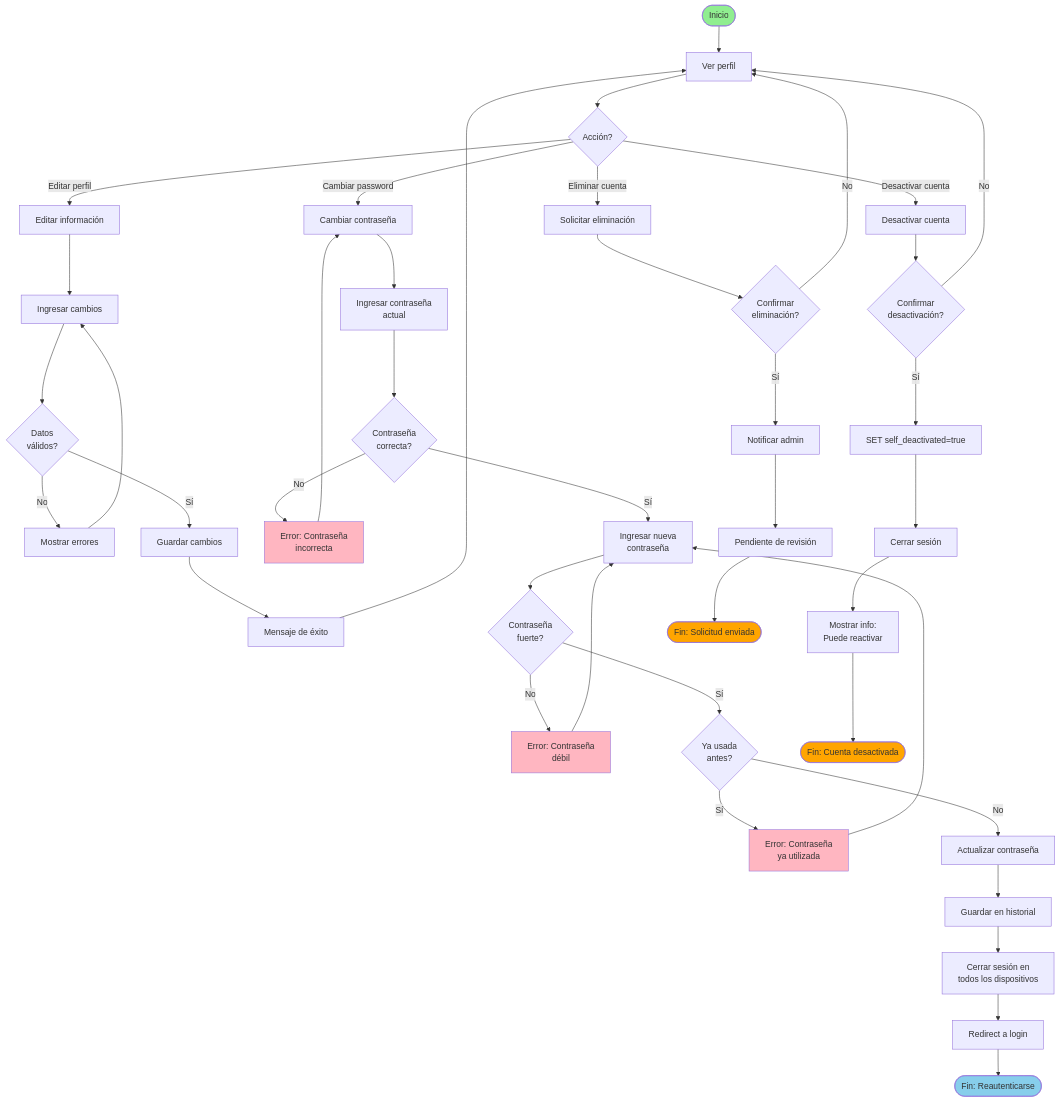
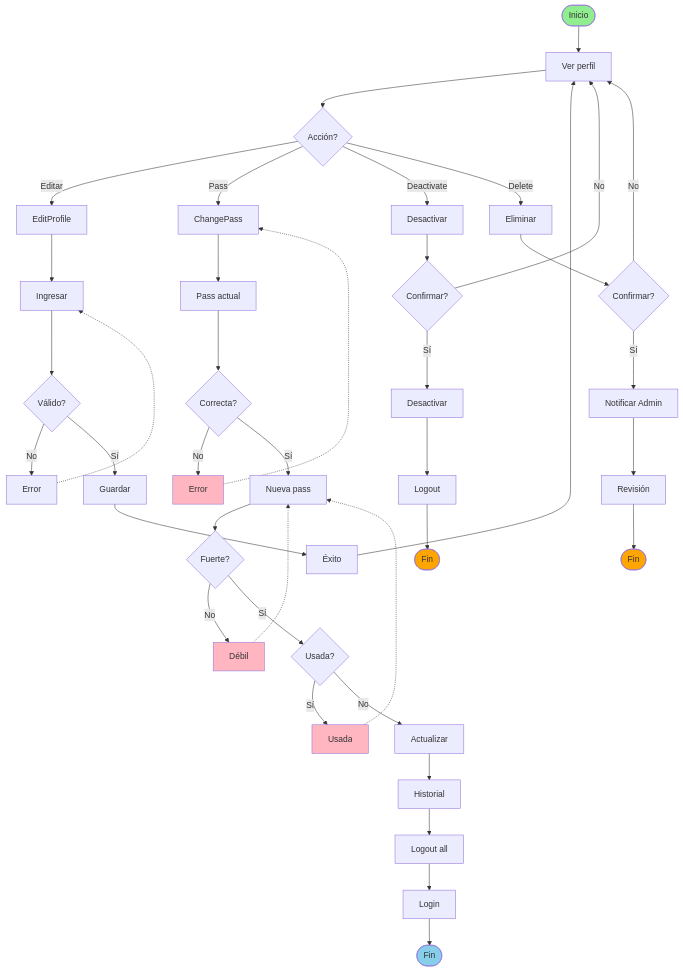
One commit to santi18melo/experticie changed the seventh of 7 diagrams in docs/diagramas/DIAGRAMA_ACTIVIDAD.md. Above: the diagram before and after it, drawn with Mermaid. The commit also changed other lines of this file and 2 other files, not shown here.

Commit message:
docs: optimize diagrams to reduce crossing lines significantly and restore prod deps

````diff
--- a/docs/diagramas/DIAGRAMA_ACTIVIDAD.md
+++ b/docs/diagramas/DIAGRAMA_ACTIVIDAD.md
@@ -336,59 +338,62 @@
 ```mermaid
 flowchart TD
     Start([Inicio]) --> ViewProfile[Ver perfil]
     ViewProfile --> SelectAction{Acción?}
     
-    SelectAction -->|Editar perfil| EditProfile[Editar información]
-    SelectAction -->|Cambiar password| ChangePass[Cambiar contraseña]
-    SelectAction -->|Desactivar cuenta| DeactivateAcc[Desactivar cuenta]
-    SelectAction -->|Eliminar cuenta| DeleteAcc[Solicitar eliminación]
+    SelectAction -->|Editar| EditProfile
+    SelectAction -->|Pass| ChangePass
+    SelectAction -->|Deactivate| DeactivateAcc[Desactivar]
+    SelectAction -->|Delete| DeleteAcc[Eliminar]
     
-    EditProfile --> InputChanges[Ingresar cambios]
-    InputChanges --> ValidateChanges{Datos<br/>válidos?}
-    ValidateChanges -->|No| ShowErrors[Mostrar errores]
-    ShowErrors --> InputChanges
-    ValidateChanges -->|Sí| SaveChanges[Guardar cambios]
-    SaveChanges --> SuccessMsg[Mensaje de éxito]
+    %% Edit Profile
+    EditProfile --> InputChanges[Ingresar]
+    InputChanges --> ValidateChanges{Válido?}
+    ValidateChanges -- No --> ShowErrors[Error]
+    ShowErrors -.-> InputChanges
+    ValidateChanges -->|Sí| SaveChanges[Guardar]
+    SaveChanges --> SuccessMsg[Éxito]
     SuccessMsg --> ViewProfile
     
-    ChangePass --> InputOldPass[Ingresar contraseña<br/>actual]
-    InputOldPass --> VerifyOldPass{Contraseña<br/>correcta?}
-    VerifyOldPass -->|No| ErrorOldPass[Error: Contraseña<br/>incorrecta]
-    ErrorOldPass --> ChangePass
+    %% Change Pass
+    ChangePass --> InputOldPass[Pass actual]
+    InputOldPass --> VerifyOldPass{Correcta?}
+    VerifyOldPass -- No --> ErrorOldPass[Error]
+    ErrorOldPass -.-> ChangePass
     
-    VerifyOldPass -->|Sí| InputNewPass[Ingresar nueva<br/>contraseña]
-    InputNewPass --> CheckStrength{Contraseña<br/>fuerte?}
-    CheckStrength -->|No| ErrorWeak[Error: Contraseña<br/>débil]
-    ErrorWeak --> InputNewPass
+    VerifyOldPass -->|Sí| InputNewPass[Nueva pass]
+    InputNewPass --> CheckStrength{Fuerte?}
+    CheckStrength -- No --> ErrorWeak[Débil]
+    ErrorWeak -.-> InputNewPass
     
-    CheckStrength -->|Sí| CheckHistory{Ya usada<br/>antes?}
-    CheckHistory -->|Sí| ErrorUsed[Error: Contraseña<br/>ya utilizada]
-    ErrorUsed --> InputNewPass
+    CheckStrength -->|Sí| CheckHistory{Usada?}
+    CheckHistory -- Sí --> ErrorUsed[Usada]
+    ErrorUsed -.-> InputNewPass
     
-    CheckHistory -->|No| UpdatePass[Actualizar contraseña]
-    UpdatePass --> SaveHistory[Guardar en historial]
-    SaveHistory --> LogoutAll[Cerrar sesión en<br/>todos los dispositivos]
-    LogoutAll --> Redirect[Redirect a login]
-    Redirect --> End1([Fin: Reautenticarse])
+    CheckHistory -->|No| UpdatePass[Actualizar]
+    UpdatePass --> SaveHistory[Historial]
+    SaveHistory --> LogoutAll[Logout all]
+    LogoutAll --> Redirect[Login]
+    Redirect --> End1([Fin])
     
-    DeactivateAcc --> ConfirmDeact{Confirmar<br/>desactivación?}
-    ConfirmDeact -->|No| ViewProfile
-    ConfirmDeact -->|Sí| SetSelfDeact[SET self_deactivated=true]
-    SetSelfDeact --> Logout[Cerrar sesión]
-    Logout --> ShowInfo[Mostrar info:<br/>Puede reactivar]
-    ShowInfo --> End2([Fin: Cuenta desactivada])
+    %% Deactivate
+    DeactivateAcc --> ConfirmDeact{Confirmar?}
+    ConfirmDeact -- No --> ViewProfile
+    ConfirmDeact -->|Sí| SetSelfDeact[Desactivar]
+    SetSelfDeact --> Logout[Logout]
+    Logout --> End2([Fin])
     
-    DeleteAcc --> ConfirmDelete{Confirmar<br/>eliminación?}
-    ConfirmDelete -->|No| ViewProfile
-    ConfirmDelete -->|Sí| NotifyAdmin[Notificar admin]
-    NotifyAdmin --> PendingReview[Pendiente de revisión]
-    PendingReview --> End3([Fin: Solicitud enviada])
+    %% Delete
+    DeleteAcc --> ConfirmDelete{Confirmar?}
+    ConfirmDelete -- No --> ViewProfile
+    ConfirmDelete -->|Sí| NotifyAdmin[Notificar Admin]
+    NotifyAdmin --> PendingReview[Revisión]
+    PendingReview --> End3([Fin])
     
     style Start fill:#90EE90
     style End1 fill:#87CEEB
     style End2 fill:#FFA500
     style End3 fill:#FFA500
     style ErrorOldPass fill:#FFB6C1
     style ErrorWeak fill:#FFB6C1
     style ErrorUsed fill:#FFB6C1
 ```
````
